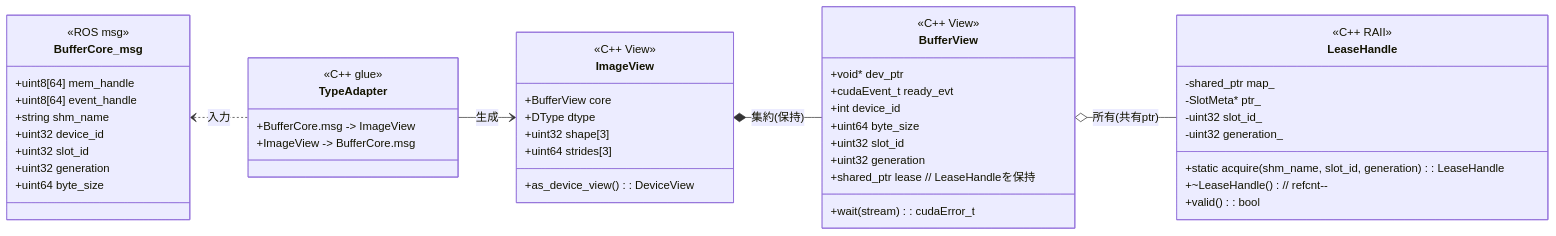
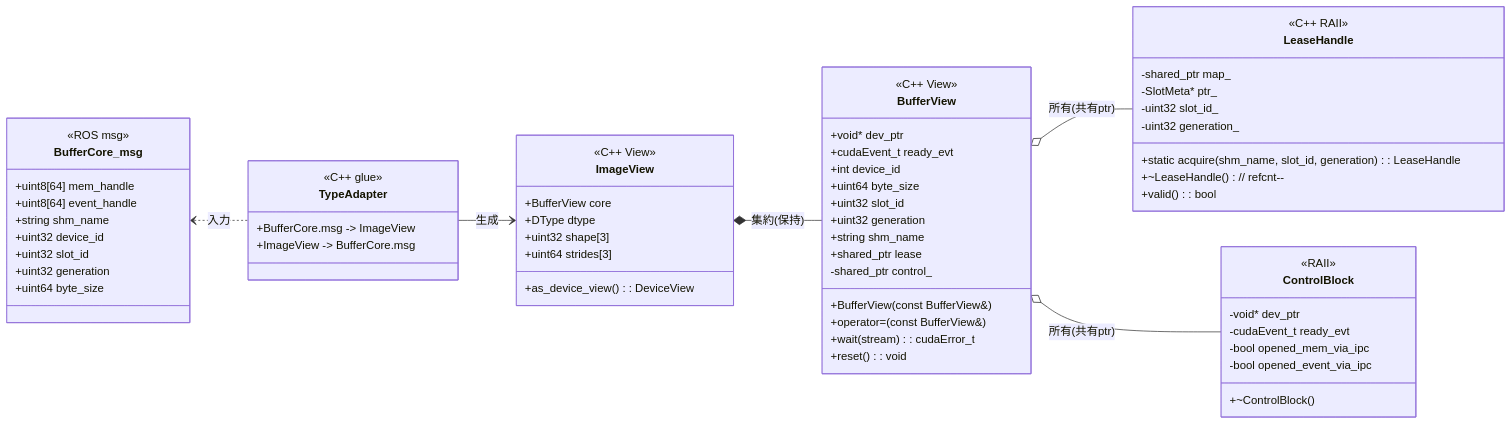
Before and after one commit to dskkato/ros2_cuda_ipc: the first of 2 diagrams in doc/lease_handle.md, drawn with Mermaid. The commit also changed other lines of this file and 59 other files, not shown here.

````diff
--- a/doc/lease_handle.md
+++ b/doc/lease_handle.md
@@ -266,58 +315,73 @@
 ```mermaid
 classDiagram
   direction LR
 
   class BufferCore_msg {
     <<ROS msg>>
     +uint8[64] mem_handle
     +uint8[64] event_handle
     +string    shm_name
     +uint32    device_id
     +uint32    slot_id
     +uint32    generation
     +uint64    byte_size
   }
 
   class LeaseHandle {
     <<C++ RAII>>
     -shared_ptr<Mapping> map_
     -SlotMeta* ptr_
     -uint32 slot_id_
     -uint32 generation_
     +static acquire(shm_name, slot_id, generation) : LeaseHandle
     +~LeaseHandle()  // refcnt--
     +valid() : bool
   }
 
   class BufferView {
     <<C++ View>>
     +void*       dev_ptr
     +cudaEvent_t ready_evt
     +int         device_id
     +uint64      byte_size
     +uint32      slot_id
     +uint32      generation
-    +shared_ptr<void> lease  // LeaseHandleを保持
+    +string      shm_name
+    +shared_ptr<LeaseHandle> lease
+    +BufferView(const BufferView&)
+    +operator=(const BufferView&)
     +wait(stream) : cudaError_t
+    +reset() : void
+    -shared_ptr<ControlBlock> control_
   }
 
   class ImageView {
     <<C++ View>>
     +BufferView core
     +DType dtype
     +uint32 shape[3]
     +uint64 strides[3]
     +as_device_view() : DeviceView
   }
 
   class TypeAdapter {
     <<C++ glue>>
     +BufferCore.msg -> ImageView
     +ImageView -> BufferCore.msg
   }
 
+  class ControlBlock {
+    <<RAII>>
+    -void* dev_ptr
+    -cudaEvent_t ready_evt
+    -bool opened_mem_via_ipc
+    -bool opened_event_via_ipc
+    +~ControlBlock()
+  }
+
   BufferCore_msg <.. TypeAdapter : 入力
   TypeAdapter --> ImageView : 生成
   ImageView *-- BufferView : 集約(保持)
   BufferView o-- LeaseHandle : 所有(共有ptr)
+  BufferView o-- ControlBlock : 所有(共有ptr)
 ```
````
